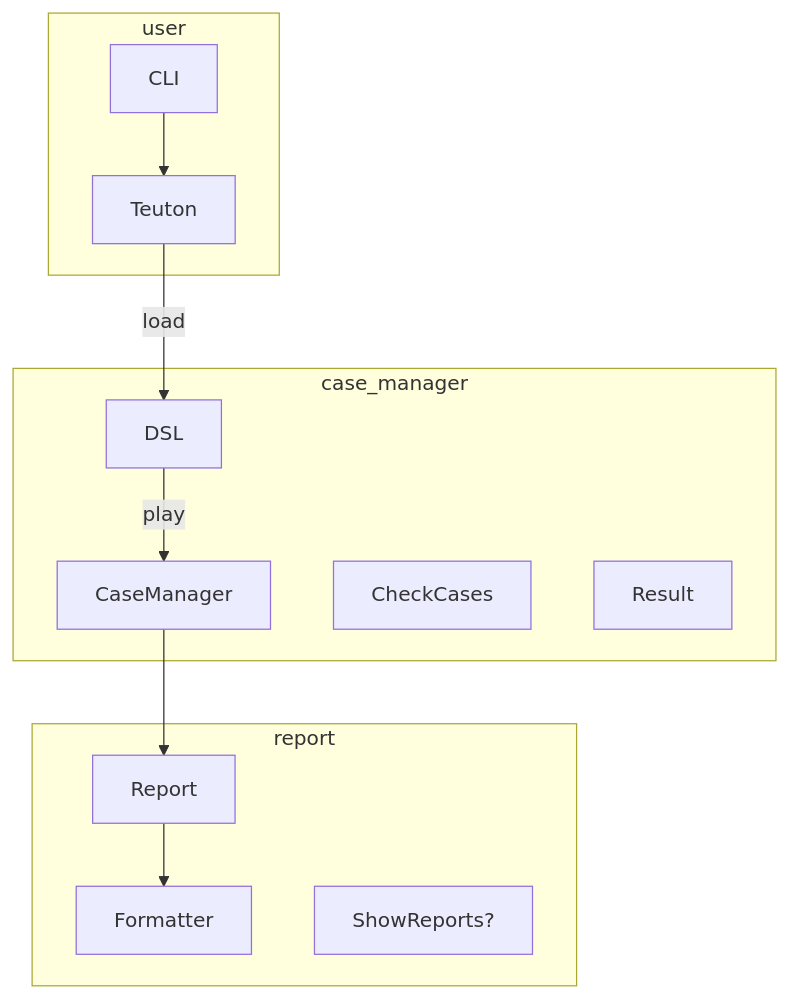
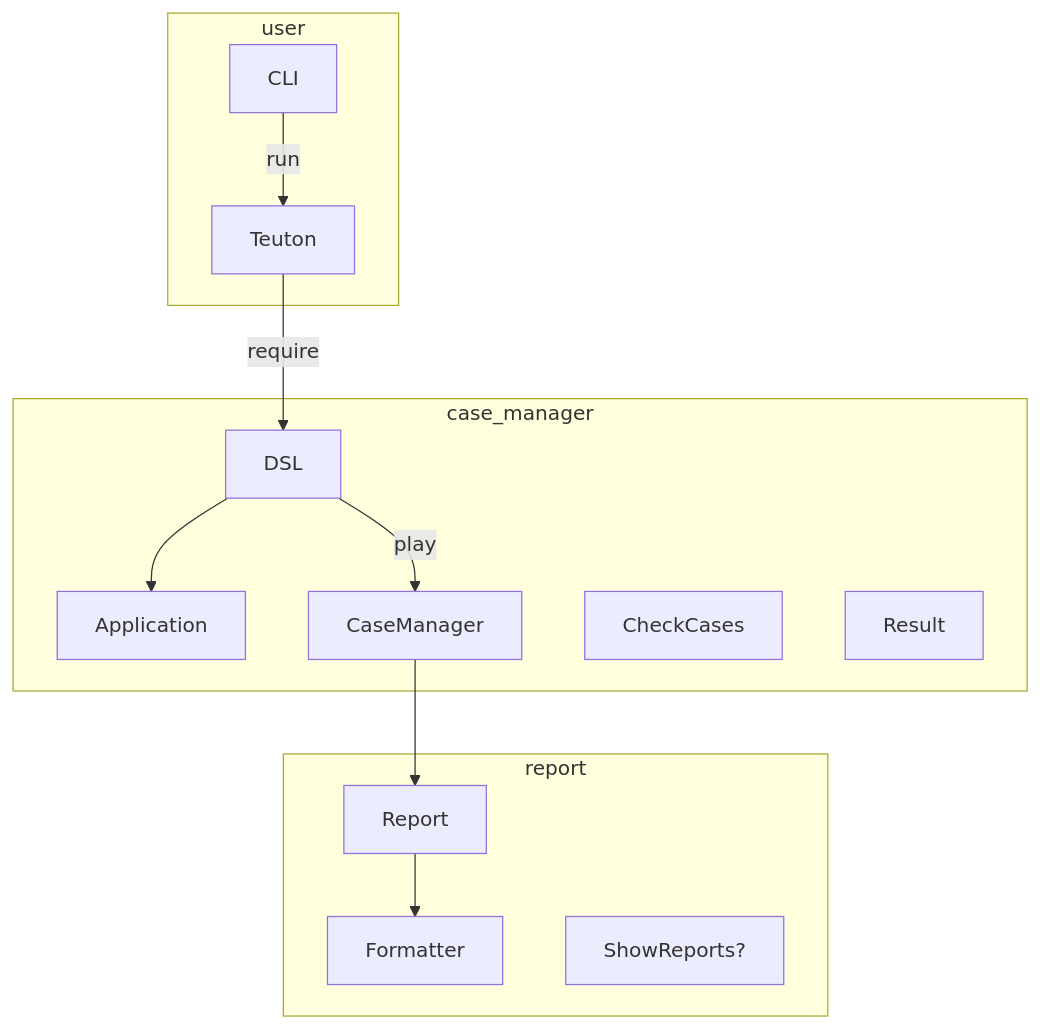
The second of 2 diagrams in docs/diagram.md (teuton-software/teuton), drawn with Mermaid before and after one commit.

````diff
--- a/docs/diagram.md
+++ b/docs/diagram.md
@@ -43,21 +43,22 @@
 ```mermaid
 flowchart TB
 
 subgraph user
-  CLI --> Teuton
+  CLI -- run --> Teuton
 end
 
 subgraph case_manager
-  Teuton -- load --> DSL
+  Teuton -- require --> DSL
+  DSL --> Application
   DSL -- play --> CaseManager
   CheckCases
   Result
 end
 
 subgraph report
   CaseManager --> Report
   Report --> Formatter
 
   ShowReports?
 end
 ```
````
